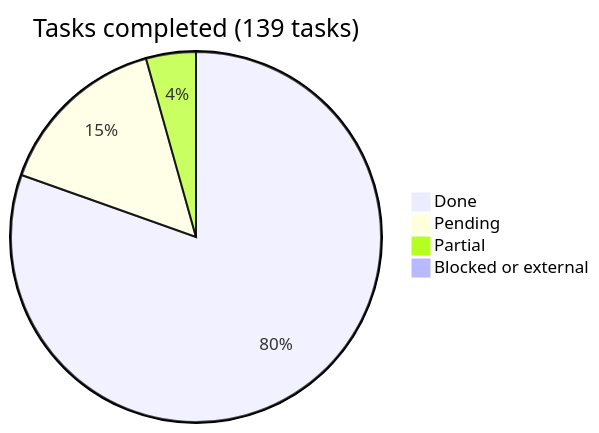
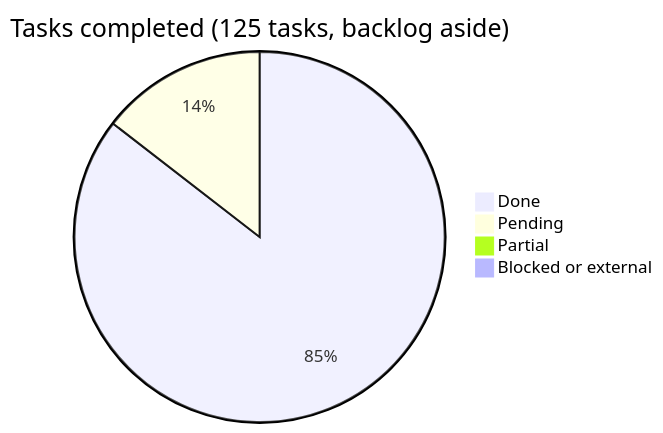
Before and after one commit to araguaney-lat/araguaney-app: the diagram in docs/roadmap/README.md, drawn with Mermaid. The commit also changed other lines of this file and 1 other file, not shown here.

First line of the commit message:
docs(roadmap): audit the board against the code

````diff
--- a/docs/roadmap/README.md
+++ b/docs/roadmap/README.md
@@ -16,7 +23,7 @@
 ```mermaid
-pie title Tasks completed (139 tasks)
-    "Done" : 111
-    "Pending" : 21
-    "Partial" : 6
-    "Blocked or external" : 1
+pie title Tasks completed (125 tasks, backlog aside)
+    "Done" : 106
+    "Pending" : 18
+    "Partial" : 1
+    "Blocked or external" : 0
 ```
````
